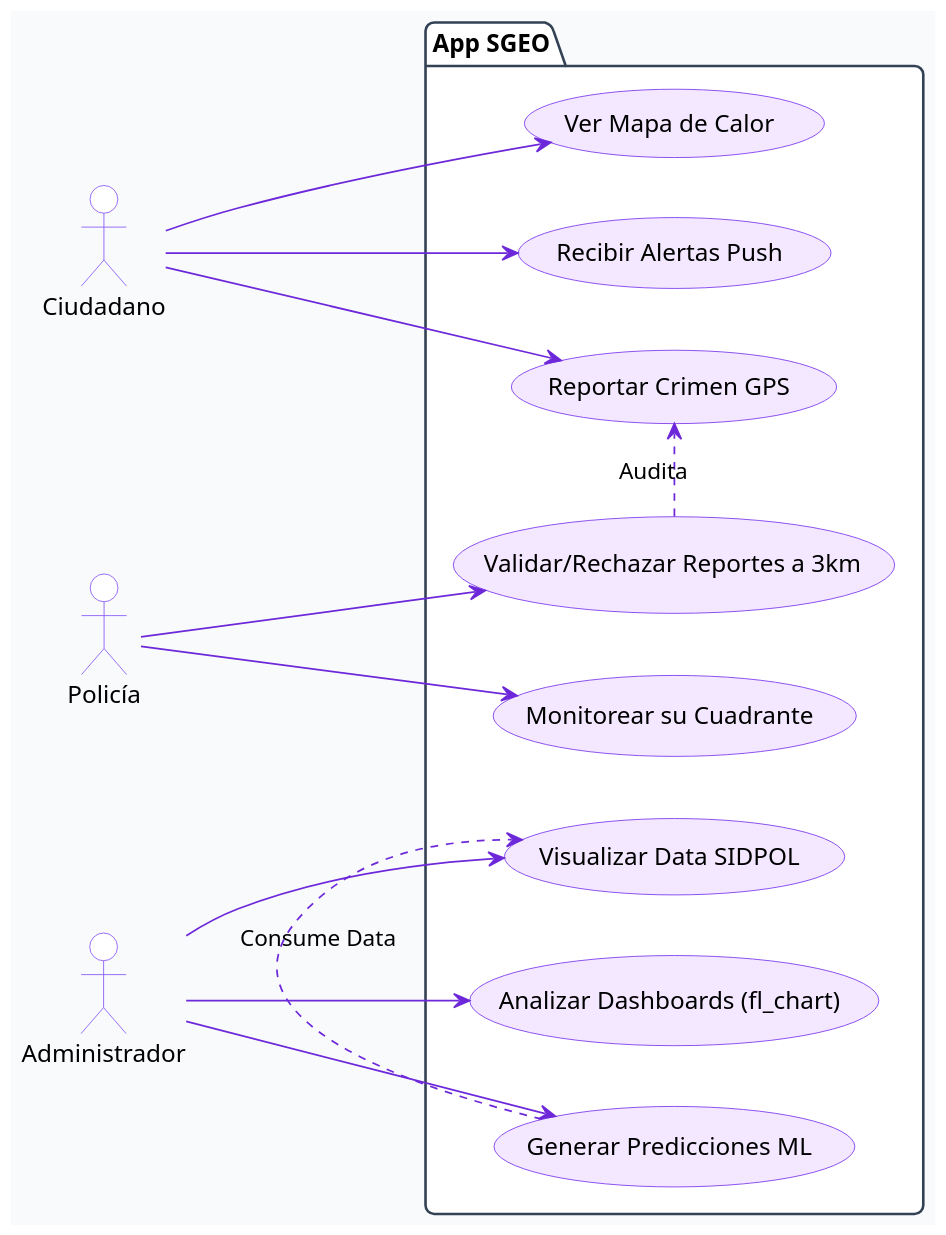
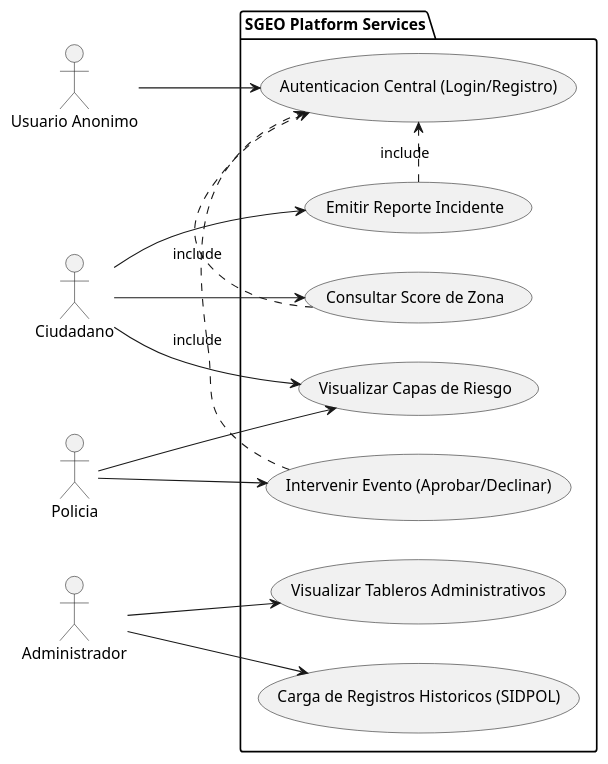
One commit to pieroalexanderppc/sgeo_pp changed the first of 10 diagrams in docs/FD04-EPIS-Informe SAD de Proyecto.md. Above: the diagram before and after it, drawn with PlantUML. The commit also changed other lines of this file and 1 other file, not shown here.

````diff
--- a/docs/FD04-EPIS-Informe SAD de Proyecto.md
+++ b/docs/FD04-EPIS-Informe SAD de Proyecto.md
@@ -108,48 +139,34 @@
 ```plantuml
 @startuml
 skinparam shadowing false
-skinparam roundcorner 10
-skinparam dpi 150
-skinparam defaultFontName Segoe UI
-skinparam backgroundColor #F8FAFC
-skinparam ArrowColor #6D28D9
-skinparam UsecaseBackgroundColor #F3E8FF
-skinparam UsecaseBorderColor #7C3AED
-skinparam ActorBackgroundColor #FFFFFF
-skinparam ActorBorderColor #8B5CF6
-skinparam PackageBackgroundColor #FFFFFF
-skinparam PackageBorderColor #334155
+left to right direction
 
-left to right direction
-actor "Ciudadano" as C
-actor "Policía" as P
-actor "Administrador" as A
+actor "Usuario Anonimo" as Anon
+actor Ciudadano
+actor Policia
+actor Administrador
 
-package "App SGEO" {
-  usecase "Reportar Crimen GPS" as UC1
-  usecase "Ver Mapa de Calor" as UC2
-  usecase "Recibir Alertas Push" as UC3
-  
-  usecase "Validar/Rechazar Reportes a 3km" as UC4
-  usecase "Monitorear su Cuadrante" as UC5
-  
-  usecase "Analizar Dashboards (fl_chart)" as UC6
-  usecase "Generar Predicciones ML" as UC7
-  usecase "Visualizar Data SIDPOL" as UC8
+package "SGEO Platform Services" {
+  usecase "Autenticacion Central (Login/Registro)" as UC_Auth
+  usecase "Emitir Reporte Incidente" as UC_Rep
+  usecase "Visualizar Capas de Riesgo" as UC_Map
+  usecase "Consultar Score de Zona" as UC_Score
+  usecase "Intervenir Evento (Aprobar/Declinar)" as UC_Eval
+  usecase "Visualizar Tableros Administrativos" as UC_Dash
+  usecase "Carga de Registros Historicos (SIDPOL)" as UC_ETL
 }
 
-C --> UC1
-C --> UC2
-C --> UC3
+Anon --> UC_Auth
+Ciudadano --> UC_Rep
+Ciudadano --> UC_Map
+Ciudadano --> UC_Score
+Policia --> UC_Map
+Policia --> UC_Eval
+Administrador --> UC_Dash
+Administrador --> UC_ETL
 
-P --> UC4
-P --> UC5
-
-A --> UC6
-A --> UC7
-A --> UC8
-
-UC4 .> UC1 : "Audita"
-UC7 .> UC8 : "Consume Data"
+UC_Score .> UC_Auth : include
+UC_Rep .> UC_Auth : include
+UC_Eval .> UC_Auth : include
 @enduml
 ```
````
